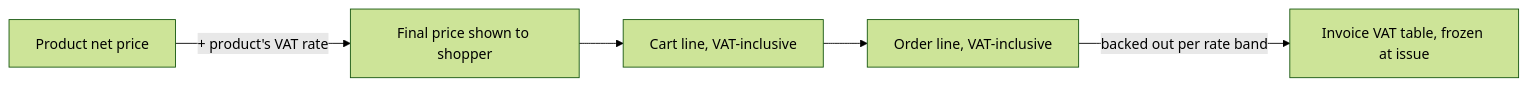
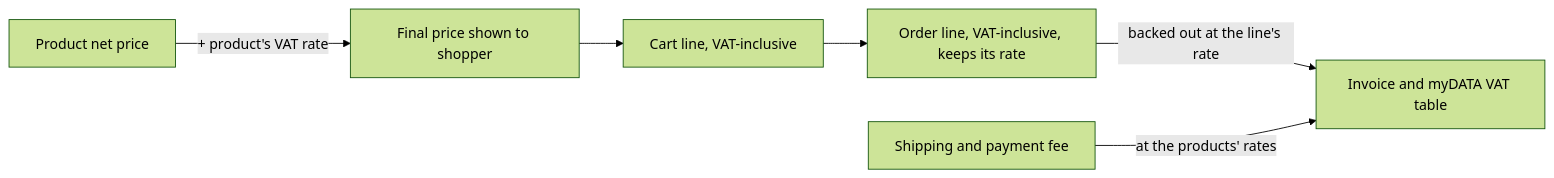
The diagram in src/admin/sales/vat-rates.md (vasilistotskas/grooveshop-docs), drawn with Mermaid (forest theme) before and after one commit. The commit also changed other lines of this file and 25 other files, not shown here.

````diff
--- a/src/admin/sales/vat-rates.md
+++ b/src/admin/sales/vat-rates.md
@@ -36,7 +36,8 @@
 ```mermaid
 flowchart LR
   P[Product net price] -->|+ product's VAT rate| F[Final price shown to shopper]
   F --> C[Cart line, VAT-inclusive]
-  C --> O[Order line, VAT-inclusive]
-  O -->|backed out per rate band| I[Invoice VAT table, frozen at issue]
+  C --> O[Order line, VAT-inclusive, keeps its rate]
+  O -->|backed out at the line's rate| I[Invoice and myDATA VAT table]
+  S[Shipping and payment fee] -->|at the products' rates| I
 ```
````
